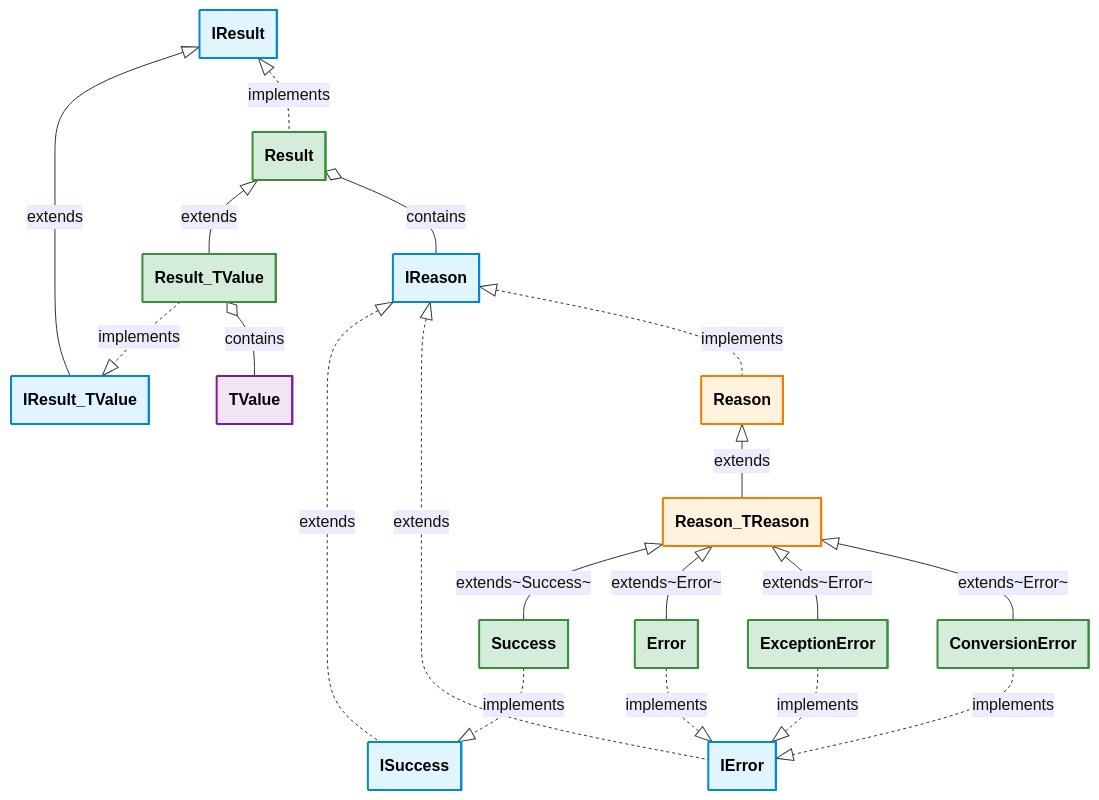
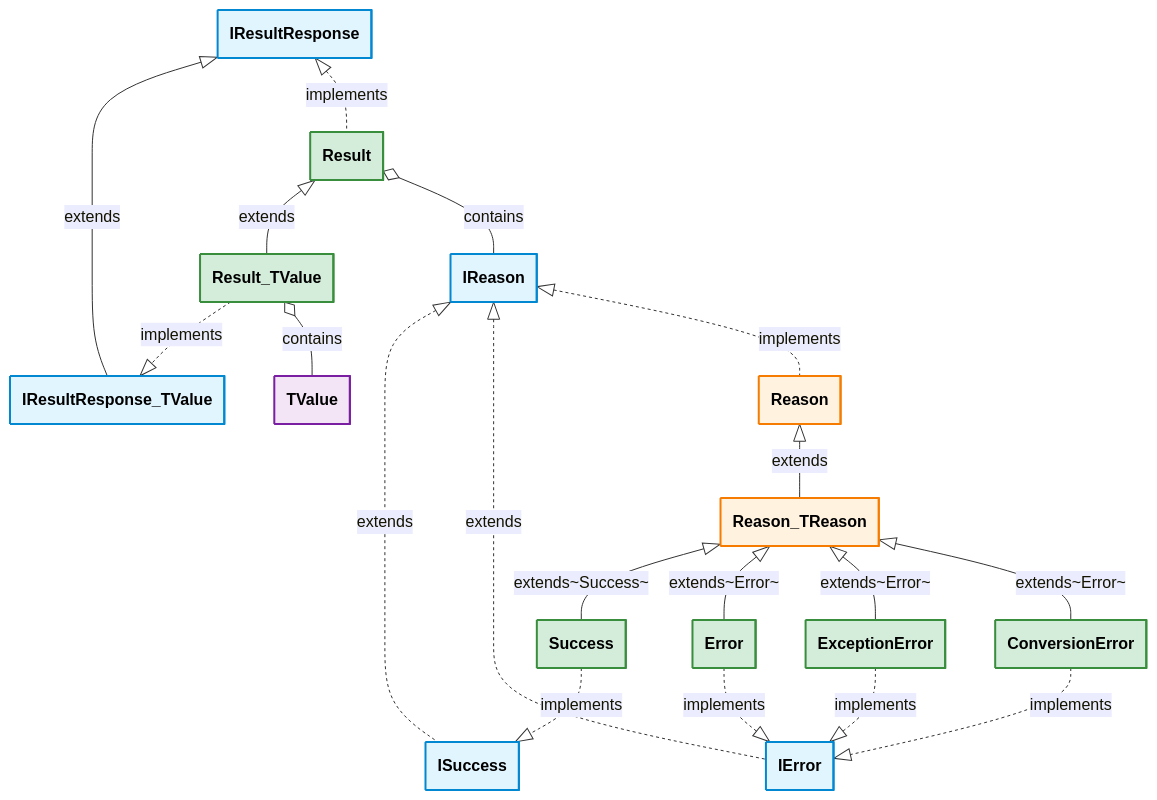
One commit to reslava/nuget-package-reslava-result changed the diagram in docs/uml/UML-simple-v1.0.0.md. Above: the diagram before and after it, drawn with Mermaid. The commit also changed 21 other files, not shown here.

First line of the commit message:
refactor: rename IResult interface to IResultResponse

````diff
--- a/docs/uml/UML-simple-v1.0.0.md
+++ b/docs/uml/UML-simple-v1.0.0.md
@@ -9,51 +9,51 @@
 ```mermaid
 ---
   config:
     class:
       hideEmptyMembersBox: true
 ---
 classDiagram
     class IReason:::interface
     class ISuccess:::interface
     class IError:::interface
-    class IResult:::interface
-    class IResult_TValue:::interface
+    class IResultResponse:::interface
+    class IResultResponse_TValue:::interface
     
     class Reason:::abstract
     class Reason_TReason:::abstract
     
     class Success:::concrete
     class Error:::concrete
     class ExceptionError:::concrete
     class ConversionError:::concrete
     class Result:::concrete
     class Result_TValue:::concrete
     class TValue:::type  
     
     IReason <|.. ISuccess : extends
     IReason <|.. IError : extends
-    IResult <|-- IResult_TValue : extends
+    IResultResponse <|-- IResultResponse_TValue : extends
     
     IReason <|.. Reason : implements
     Reason <|-- Reason_TReason : extends
     Reason_TReason <|-- Success : extends~Success~
     Reason_TReason <|-- Error : extends~Error~
     Reason_TReason <|-- ExceptionError : extends~Error~
     Reason_TReason <|-- ConversionError : extends~Error~
     Success ..|> ISuccess : implements
     Error ..|> IError : implements
     ExceptionError ..|> IError : implements
     ConversionError ..|> IError : implements
     
-    IResult <|.. Result : implements
+    IResultResponse <|.. Result : implements
     Result <|-- Result_TValue : extends
-    Result_TValue ..|> IResult_TValue : implements
+    Result_TValue ..|> IResultResponse_TValue : implements
     
     Result o-- IReason : contains
     Result_TValue o-- TValue : contains 
 
     classDef interface fill:#e1f5ff,stroke:#0288d1,stroke-width:2px,color:black
     classDef abstract fill:#fff3e0,stroke:#f57c00,stroke-width:2px,color:black
     classDef concrete fill:#d4edda,stroke:#388e3c,stroke-width:2px,color:black
     classDef type fill:#f3e5f5,stroke:#7b1fa2,stroke-width:2px,color:black
 ```
````
